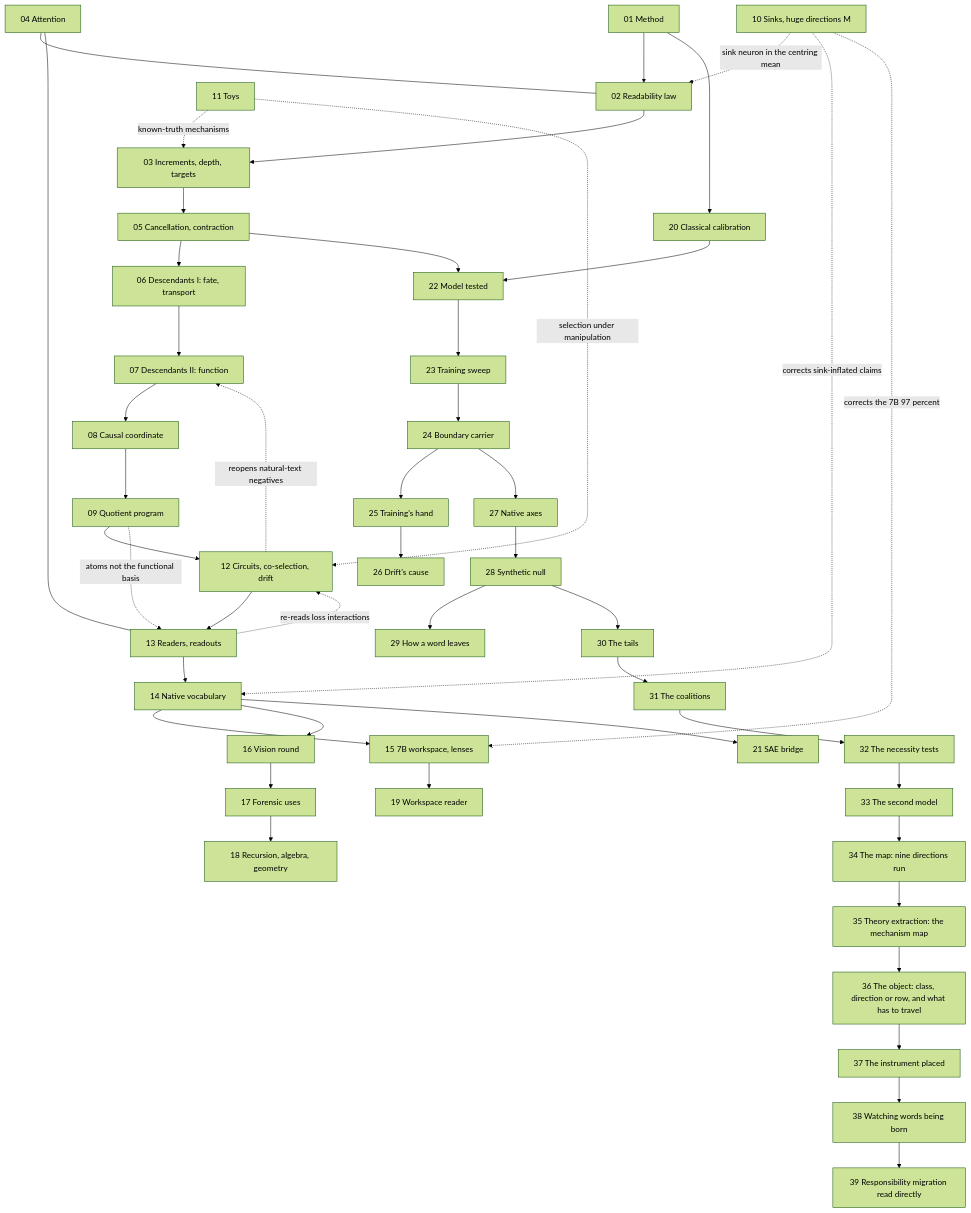
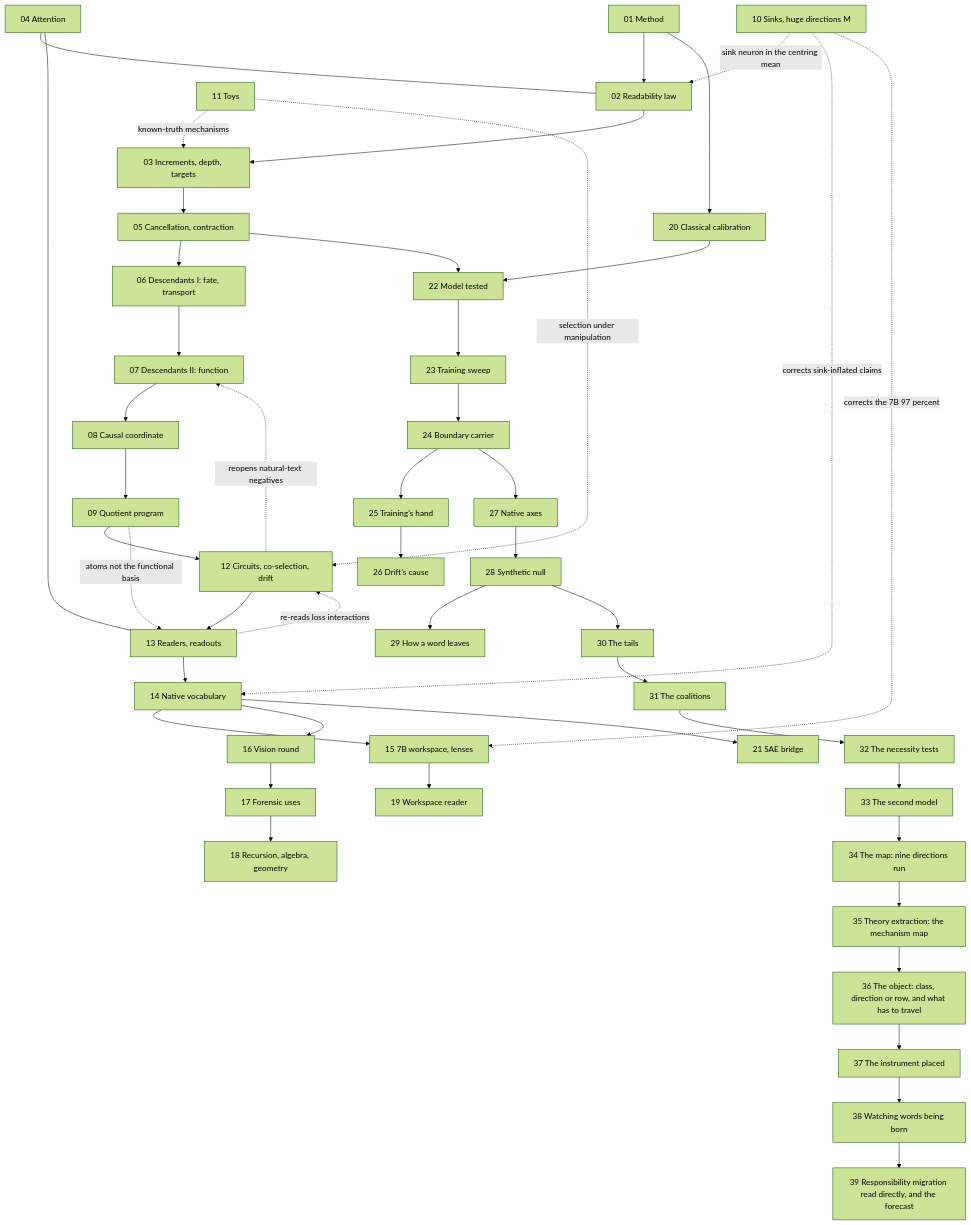
Before and after one commit to sunmoonron/wdd-descendants: the diagram in docs/ATLAS.md, drawn with Mermaid (forest theme). The commit also changed other lines of this file and 16 other files, not shown here.

````diff
--- a/docs/ATLAS.md
+++ b/docs/ATLAS.md
@@ -90,49 +90,49 @@
 ```mermaid
 flowchart TD
   A01["01 Method"] --> A02["02 Readability law"]
   A02 --> A03["03 Increments, depth, targets"]
   A03 --> A05["05 Cancellation, contraction"]
   A05 --> A06["06 Descendants I: fate, transport"]
   A06 --> A07["07 Descendants II: function"]
   A07 --> A08["08 Causal coordinate"]
   A08 --> A09["09 Quotient program"]
   A09 --> A12["12 Circuits, co-selection, drift"]
   A12 --> A13["13 Readers, readouts"]
   A13 --> A14["14 Native vocabulary"]
   A14 --> A15["15 7B workspace, lenses"]
   A14 --> A16["16 Vision round"]
   A16 --> A17["17 Forensic uses"]
   A17 --> A18["18 Recursion, algebra, geometry"]
   A15 --> A19["19 Workspace reader"]
   A01 --> A20["20 Classical calibration"]
   A14 --> A21["21 SAE bridge"]
   A20 --> A22["22 Model tested"]
   A22 --> A23["23 Training sweep"]
   A23 --> A24["24 Boundary carrier"]
   A24 --> A25["25 Training's hand"]
   A25 --> A26["26 Drift's cause"]
   A24 --> A27["27 Native axes"]
   A27 --> A28["28 Synthetic null"]
   A28 --> A29["29 How a word leaves"]
   A28 --> A30["30 The tails"]
   A30 --> A31["31 The coalitions"]
   A31 --> A32["32 The necessity tests"]
   A32 --> A33["33 The second model"]
   A33 --> A34["34 The map: nine directions run"]
   A34 --> A35["35 Theory extraction: the mechanism map"]
   A35 --> A36["36 The object: class, direction or row, and what has to travel"]
   A36 --> A37["37 The instrument placed"]
   A37 --> A38["38 Watching words being born"]
-  A38 --> A39["39 Responsibility migration read directly"]
+  A38 --> A39["39 Responsibility migration read directly, and the forecast"]
   A05 --> A22
   A04["04 Attention"] --- A02
   A04 --- A13
   A10["10 Sinks, huge directions M"] -.->|sink neuron in the centring mean| A02
   A10 -.->|corrects sink-inflated claims| A14
   A10 -.->|corrects the 7B 97 percent| A15
   A11["11 Toys"] -.->|known-truth mechanisms| A03
   A11 -.->|selection under manipulation| A12
   A12 -.->|reopens natural-text negatives| A07
   A13 -.->|re-reads loss interactions| A12
   A09 -.->|atoms not the functional basis| A13
 ```
````
